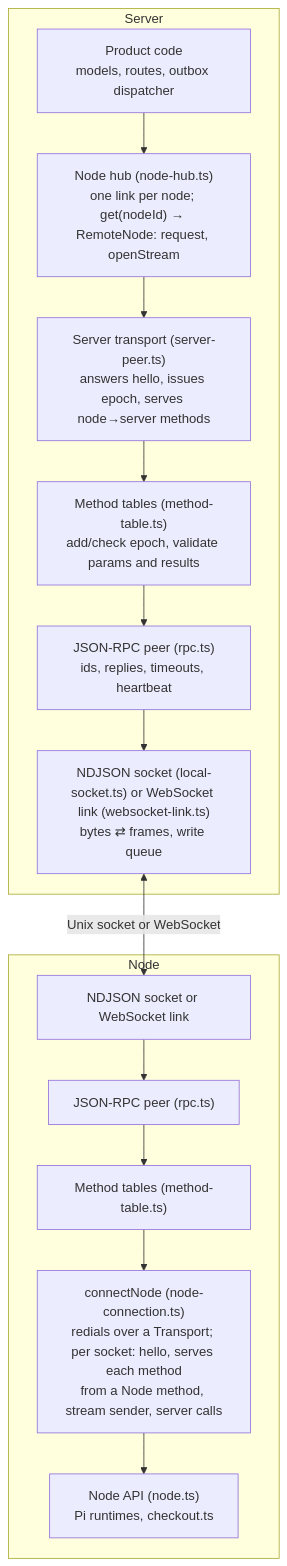
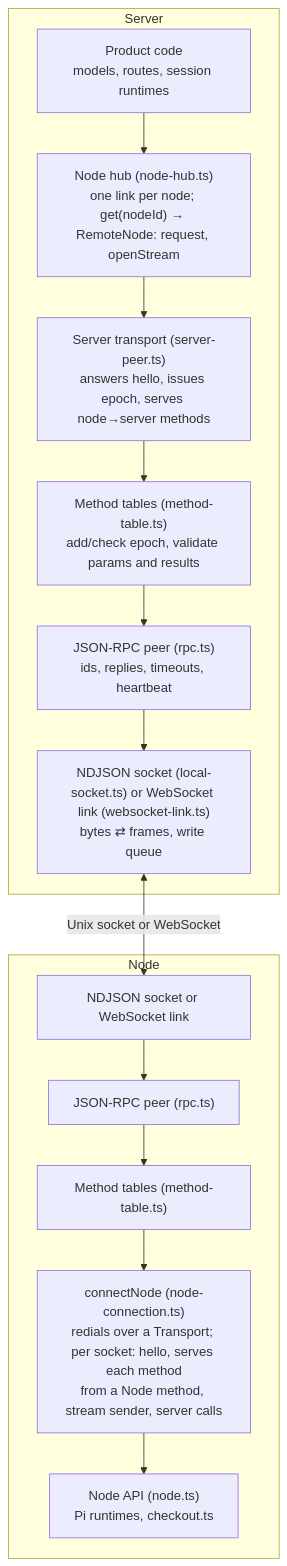
Before and after one commit to willtcarey/reins: the second of 9 diagrams in docs/dev/node-transport.md, drawn with Mermaid. The commit also changed other lines of this file and 94 other files, not shown here.

````diff
--- a/docs/dev/node-transport.md
+++ b/docs/dev/node-transport.md
@@ -73,21 +72,21 @@
 ```mermaid
 graph TB
     subgraph "Server"
-        S5["Product code<br/>models, routes, outbox dispatcher"]
+        S5["Product code<br/>models, routes, session runtimes"]
         S4["Node hub (node-hub.ts)<br/>one link per node; get(nodeId) → RemoteNode: request, openStream"]
         S3["Server transport (server-peer.ts)<br/>answers hello, issues epoch, serves node→server methods"]
         S2["Method tables (method-table.ts)<br/>add/check epoch, validate params and results"]
         S1["JSON-RPC peer (rpc.ts)<br/>ids, replies, timeouts, heartbeat"]
         S0["NDJSON socket (local-socket.ts) or WebSocket link (websocket-link.ts)<br/>bytes ⇄ frames, write queue"]
         S5 --> S4 --> S3 --> S2 --> S1 --> S0
     end
     subgraph "Node"
         N0["NDJSON socket or WebSocket link"]
         N1["JSON-RPC peer (rpc.ts)"]
         N2["Method tables (method-table.ts)"]
         N3["connectNode (node-connection.ts)<br/>redials over a Transport; per socket: hello, serves each method<br/>from a Node method, stream sender, server calls"]
         N4["Node API (node.ts)<br/>Pi runtimes, checkout.ts"]
         N0 --> N1 --> N2 --> N3 --> N4
     end
     S0 <-->|Unix socket or WebSocket| N0
 ```
````
